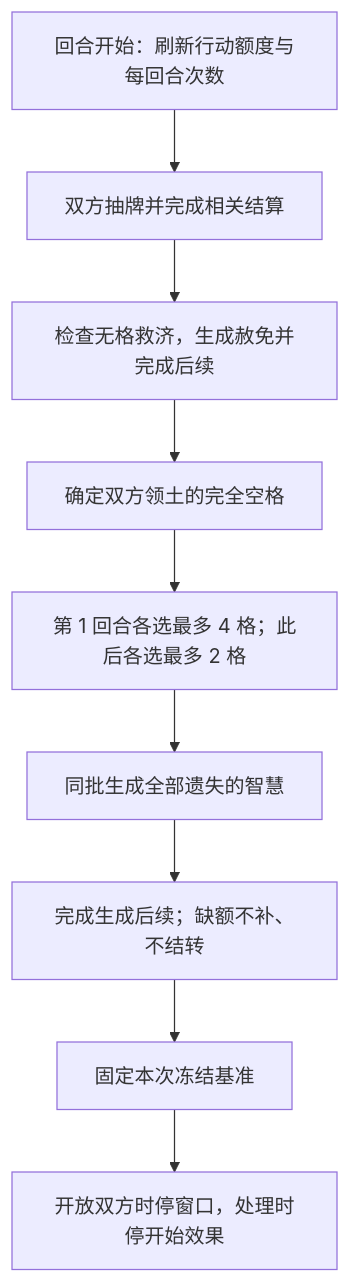
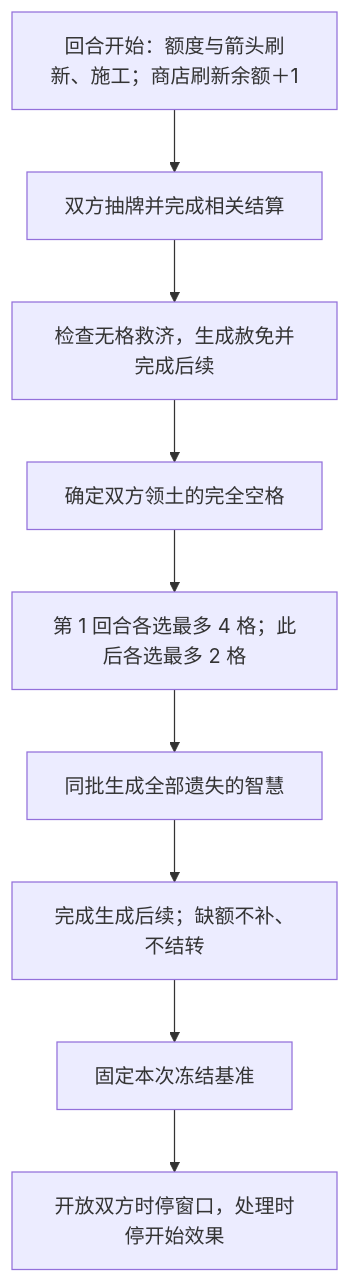
Before and after one commit to Time-Block-Hero/tbh-website: the diagram in docs/rules/standard/automatic.md, drawn with Mermaid. The commit also changed 27 other files, not shown here.

````diff
--- a/docs/rules/standard/automatic.md
+++ b/docs/rules/standard/automatic.md
@@ -46,11 +46,11 @@
 ```mermaid
 flowchart TD
-  refresh["回合开始：刷新行动额度与每回合次数"] --> draw["双方抽牌并完成相关结算"]
+  refresh["回合开始：额度与箭头刷新、施工；商店刷新余额＋1"] --> draw["双方抽牌并完成相关结算"]
   draw --> relief["检查无格救济，生成赦免并完成后续"]
   relief --> cells["确定双方领土的完全空格"]
   cells --> select["第 1 回合各选最多 4 格；此后各选最多 2 格"]
   select --> spawn["同批生成全部遗失的智慧"]
   spawn --> follow["完成生成后续；缺额不补、不结转"]
   follow --> freeze["固定本次冻结基准"]
   freeze --> stop["开放双方时停窗口，处理时停开始效果"]
 ```
````
